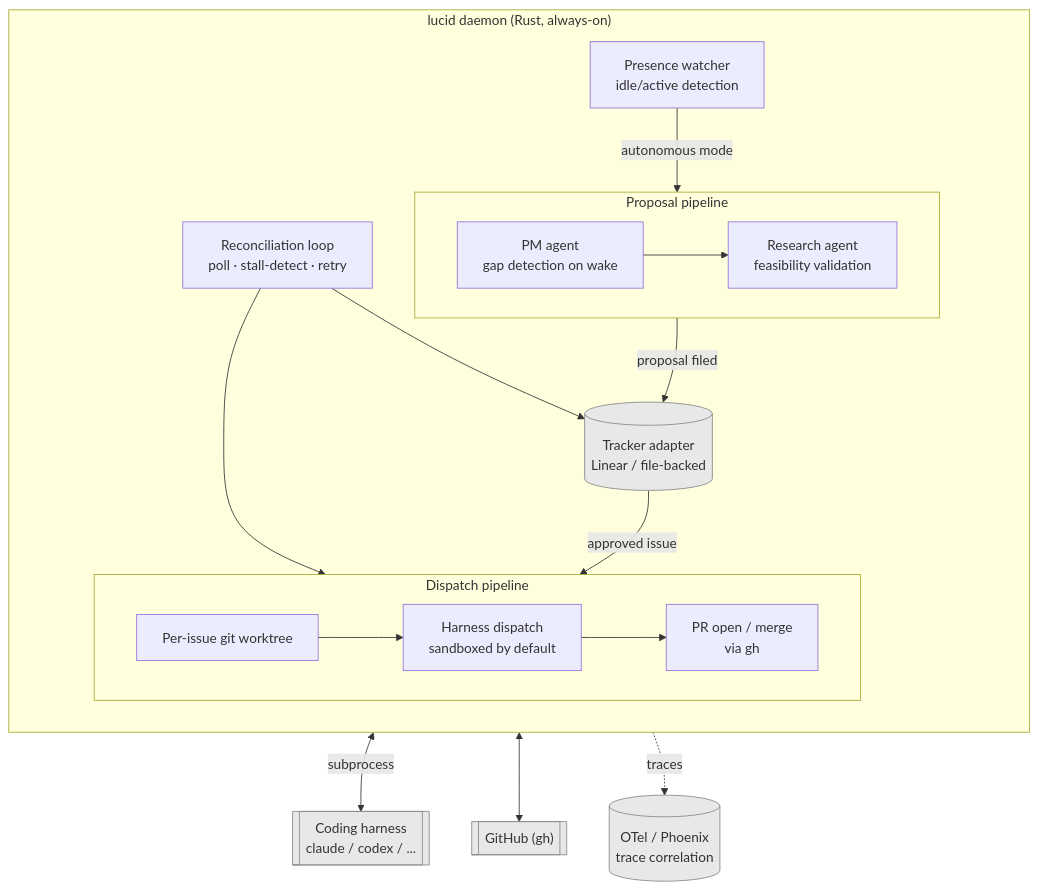
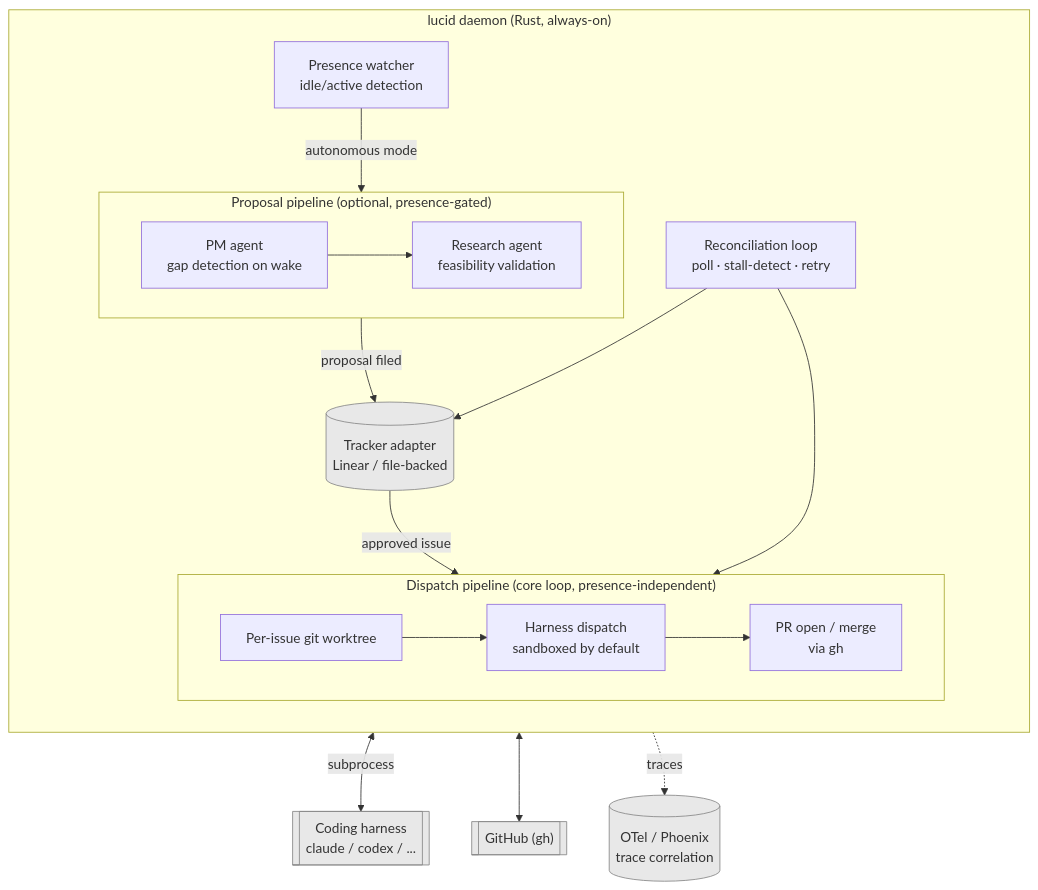
The diagram in README.md (drklee3/lucid), drawn with Mermaid before and after one commit. The commit also changed other lines of this file, not shown here.

First line of the commit message:
docs(readme): reframe around always-on dispatch, trim quickstart and status

````diff
--- a/README.md
+++ b/README.md
@@ -17,38 +16,38 @@
 ```mermaid
 flowchart TB
     subgraph daemon["lucid daemon (Rust, always-on)"]
         direction TB
 
+        subgraph worker_block["Dispatch pipeline (core loop, presence-independent)"]
+            direction LR
+            worktree["Per-issue git worktree"] --> exec["Harness dispatch\nsandboxed by default"] --> pr["PR open / merge\nvia gh"]
+        end
+
         presence["Presence watcher\nidle/active detection"]
 
-        subgraph pm_block["Proposal pipeline"]
+        subgraph pm_block["Proposal pipeline (optional, presence-gated)"]
             direction LR
             pm["PM agent\ngap detection on wake"] --> research["Research agent\nfeasibility validation"]
-        end
-
-        subgraph worker_block["Dispatch pipeline"]
-            direction LR
-            worktree["Per-issue git worktree"] --> exec["Harness dispatch\nsandboxed by default"] --> pr["PR open / merge\nvia gh"]
         end
 
         reconcile["Reconciliation loop\npoll · stall-detect · retry"]
 
         presence -->|autonomous mode| pm_block
         research -->|proposal filed| tracker
         tracker -->|approved issue| worker_block
         reconcile --> worker_block
         reconcile --> tracker
     end
 
     tracker[("Tracker adapter\nLinear / file-backed")]
     harness[["Coding harness\nclaude / codex / ..."]]
     github[["GitHub (gh)"]]
     otel[("OTel / Phoenix\ntrace correlation")]
 
     exec <-->|subprocess| harness
     pr <--> github
     exec -.->|traces| otel
 
     classDef ext fill:#e8e8e8,stroke:#888,color:#333;
     class tracker,harness,github,otel ext;
 ```
````
